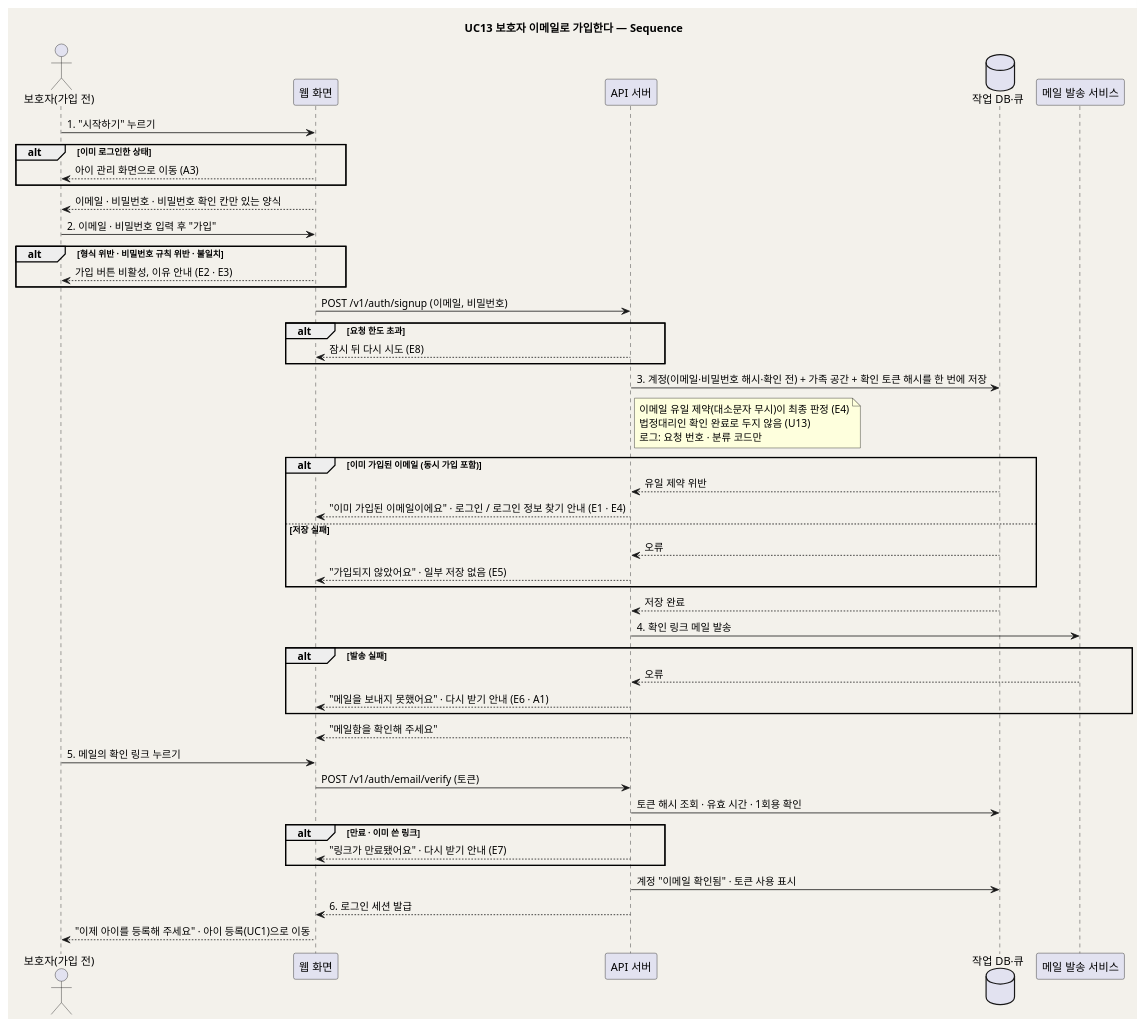
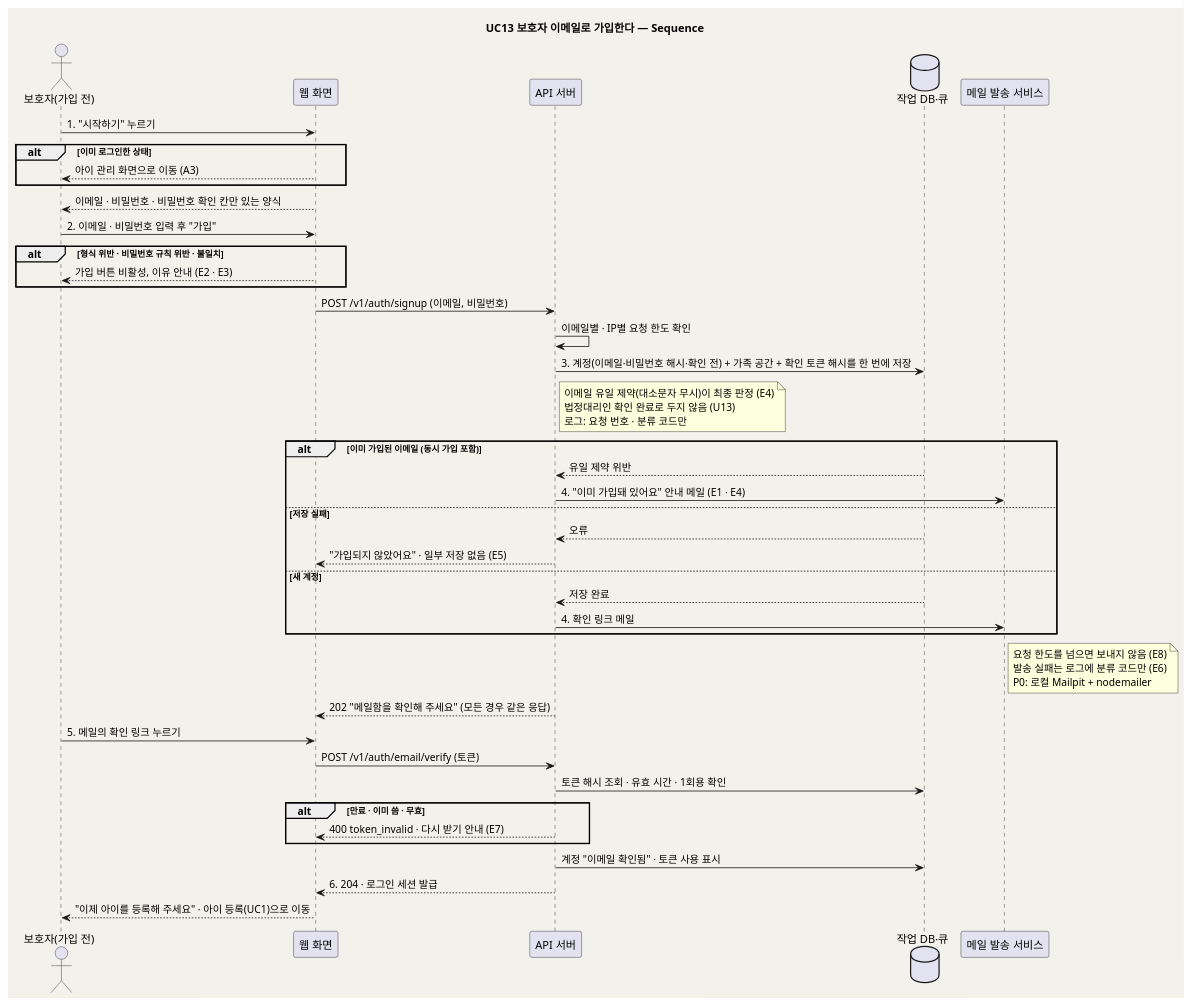
One commit to kids-gallery/uri-gallery changed the second of 2 diagrams in design/UC_13_보호자이메일가입.md. Above: the diagram before and after it, drawn with PlantUML. The commit also changed other lines of this file and 10 other files, not shown here.

````diff
--- a/design/UC_13_보호자이메일가입.md
+++ b/design/UC_13_보호자이메일가입.md
@@ -183,58 +184,58 @@
 ```plantuml
 @startuml seq_our_child_gallery_13
 skinparam backgroundColor #F3F1EB
 skinparam shadowing false
 title UC13 보호자 이메일로 가입한다 — Sequence
 
 actor "보호자(가입 전)" as Visitor
 participant "웹 화면" as UI
 participant "API 서버" as API
 database "작업 DB·큐" as DB
 participant "메일 발송 서비스" as Mail
 
 Visitor -> UI : 1. "시작하기" 누르기
 alt 이미 로그인한 상태
   UI --> Visitor : 아이 관리 화면으로 이동 (A3)
 end
 UI --> Visitor : 이메일 · 비밀번호 · 비밀번호 확인 칸만 있는 양식
 
 Visitor -> UI : 2. 이메일 · 비밀번호 입력 후 "가입"
 alt 형식 위반 · 비밀번호 규칙 위반 · 불일치
   UI --> Visitor : 가입 버튼 비활성, 이유 안내 (E2 · E3)
 end
 UI -> API : POST /v1/auth/signup (이메일, 비밀번호)
-alt 요청 한도 초과
-  API --> UI : 잠시 뒤 다시 시도 (E8)
-end
+API -> API : 이메일별 · IP별 요청 한도 확인
 API -> DB : 3. 계정(이메일·비밀번호 해시·확인 전) + 가족 공간 + 확인 토큰 해시를 한 번에 저장
 note right of API
   이메일 유일 제약(대소문자 무시)이 최종 판정 (E4)
   법정대리인 확인 완료로 두지 않음 (U13)
   로그: 요청 번호 · 분류 코드만
 end note
 alt 이미 가입된 이메일 (동시 가입 포함)
   DB --> API : 유일 제약 위반
-  API --> UI : "이미 가입된 이메일이에요" · 로그인 / 로그인 정보 찾기 안내 (E1 · E4)
+  API -> Mail : 4. "이미 가입돼 있어요" 안내 메일 (E1 · E4)
 else 저장 실패
   DB --> API : 오류
   API --> UI : "가입되지 않았어요" · 일부 저장 없음 (E5)
+else 새 계정
+  DB --> API : 저장 완료
+  API -> Mail : 4. 확인 링크 메일
 end
-DB --> API : 저장 완료
-API -> Mail : 4. 확인 링크 메일 발송
-alt 발송 실패
-  Mail --> API : 오류
-  API --> UI : "메일을 보내지 못했어요" · 다시 받기 안내 (E6 · A1)
-end
-API --> UI : "메일함을 확인해 주세요"
+note right of Mail
+  요청 한도를 넘으면 보내지 않음 (E8)
+  발송 실패는 로그에 분류 코드만 (E6)
+  P0: 로컬 Mailpit + nodemailer
+end note
+API --> UI : 202 "메일함을 확인해 주세요" (모든 경우 같은 응답)
 
 Visitor -> UI : 5. 메일의 확인 링크 누르기
 UI -> API : POST /v1/auth/email/verify (토큰)
 API -> DB : 토큰 해시 조회 · 유효 시간 · 1회용 확인
-alt 만료 · 이미 쓴 링크
-  API --> UI : "링크가 만료됐어요" · 다시 받기 안내 (E7)
+alt 만료 · 이미 씀 · 무효
+  API --> UI : 400 token_invalid · 다시 받기 안내 (E7)
 end
 API -> DB : 계정 "이메일 확인됨" · 토큰 사용 표시
-API --> UI : 6. 로그인 세션 발급
+API --> UI : 6. 204 · 로그인 세션 발급
 UI --> Visitor : "이제 아이를 등록해 주세요" · 아이 등록(UC1)으로 이동
 @enduml
 ```
````
